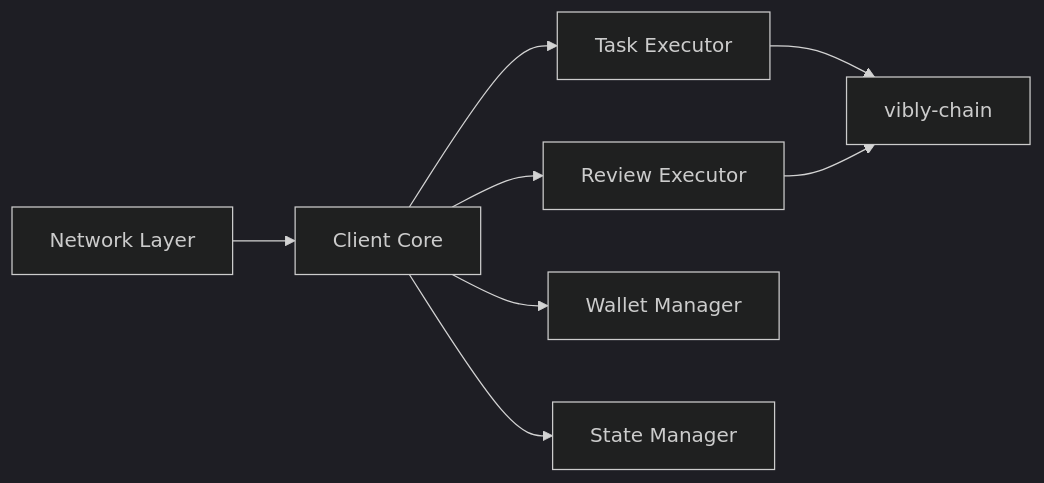
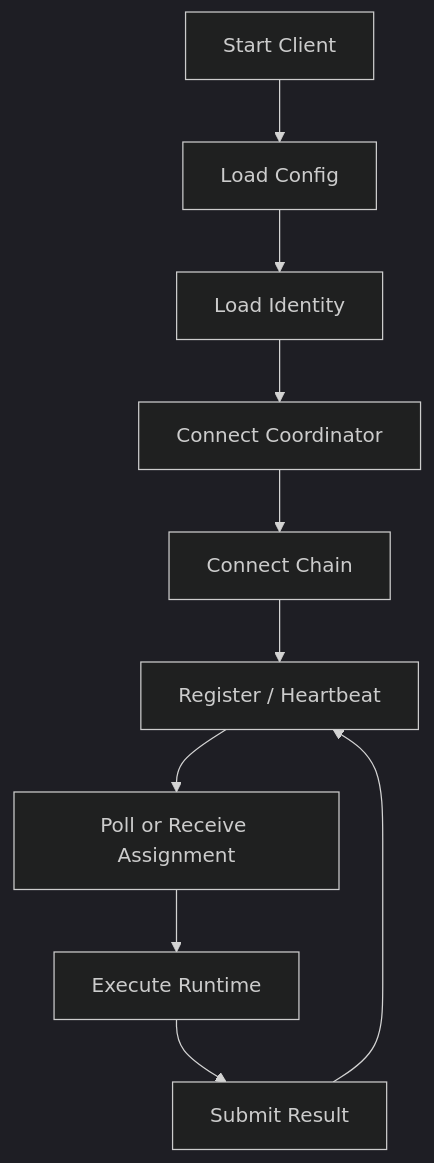
Before and after one commit to ArcheLabs/vibly-docs: the diagram in i18n/zh-Hans/docusaurus-plugin-content-docs/current/developers/client.md, drawn with Mermaid (dark theme). The commit also changed other lines of this file and 33 other files, not shown here.

````diff
--- a/i18n/zh-Hans/docusaurus-plugin-content-docs/current/developers/client.md
+++ b/i18n/zh-Hans/docusaurus-plugin-content-docs/current/developers/client.md
@@ -14,10 +13,12 @@
 ```mermaid
-flowchart LR
-  Net[Network Layer] --> Core[Client Core]
-  Core --> Exec[Task Executor]
-  Core --> ReviewExec[Review Executor]
-  Core --> Wallet[Wallet Manager]
-  Exec --> Chain[vibly-chain]
-  ReviewExec --> Chain
-  Core --> State[State Manager]
+flowchart TD
+  A[Start Client] --> B[Load Config]
+  B --> C[Load Identity]
+  C --> D[Connect Coordinator]
+  D --> E[Connect Chain]
+  E --> F[Register / Heartbeat]
+  F --> G[Poll or Receive Assignment]
+  G --> H[Execute Runtime]
+  H --> I[Submit Result]
+  I --> F
 ```
````
